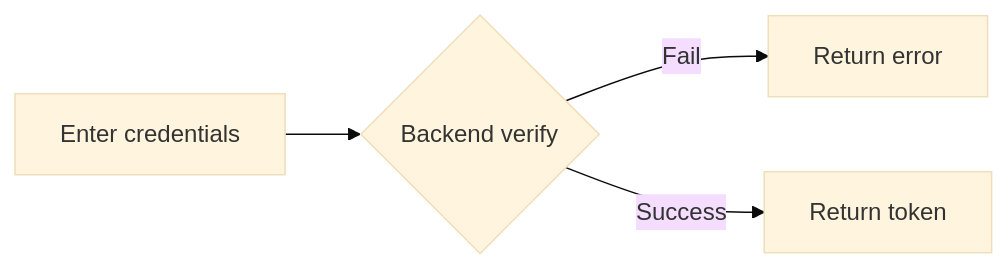
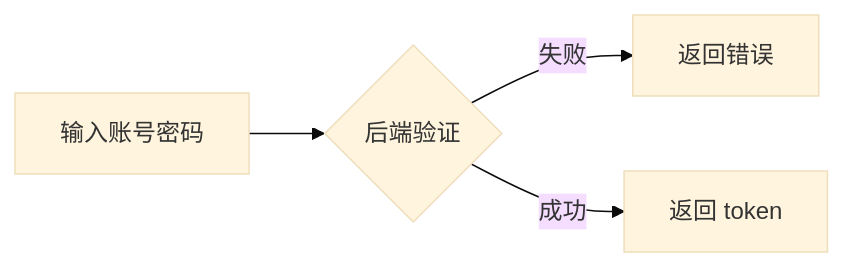
One commit to mike22890/opencode-skills-en changed the first of 2 diagrams in skills/mermaid-diagram-generator/SKILL.md. Above: the diagram before and after it, drawn with Mermaid (base theme). The commit also changed other lines of this file and 333 other files, not shown here.

````diff
--- a/skills/mermaid-diagram-generator/SKILL.md
+++ b/skills/mermaid-diagram-generator/SKILL.md
@@ -49,6 +57,6 @@
 ```mermaid
 flowchart LR
-    A[Enter credentials] --> B{Backend verify}
-    B -->|Fail| C[Return error]
-    B -->|Success| D[Return token]
+    A[输入账号密码] --> B{后端验证}
+    B -->|失败| C[返回错误]
+    B -->|成功| D[返回 token]
 ```
````
